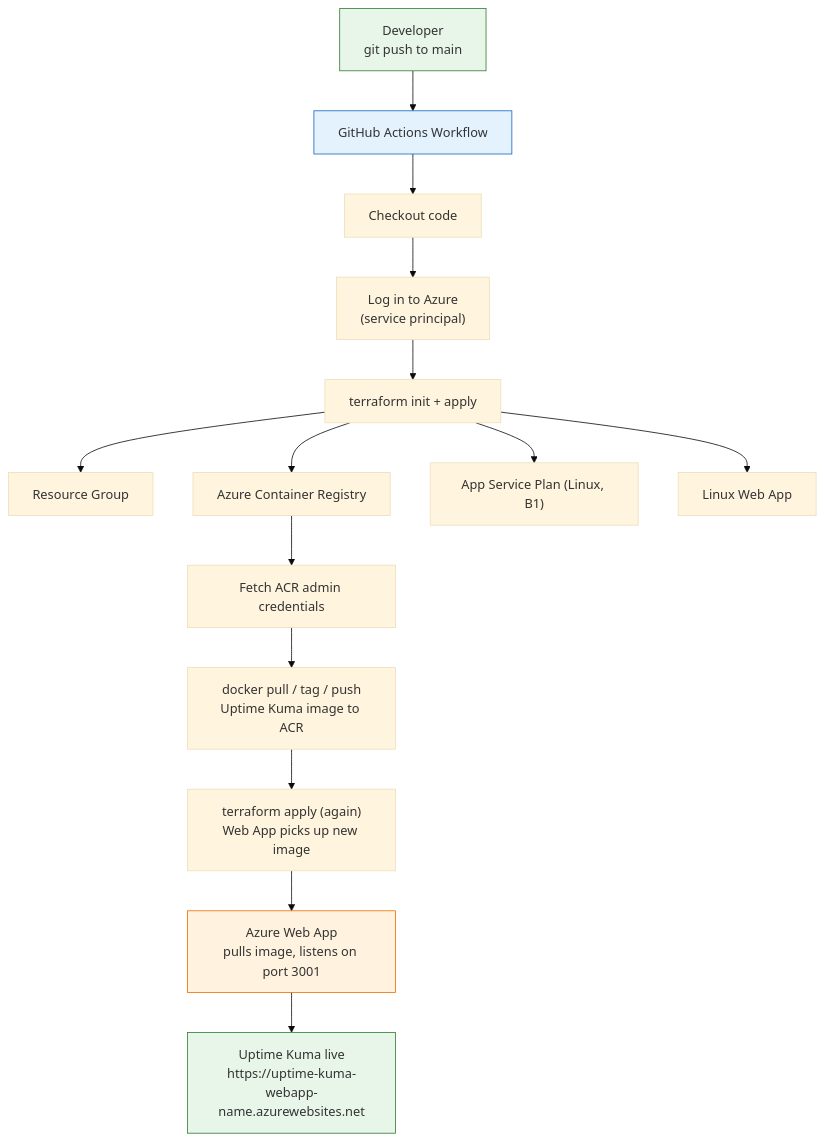
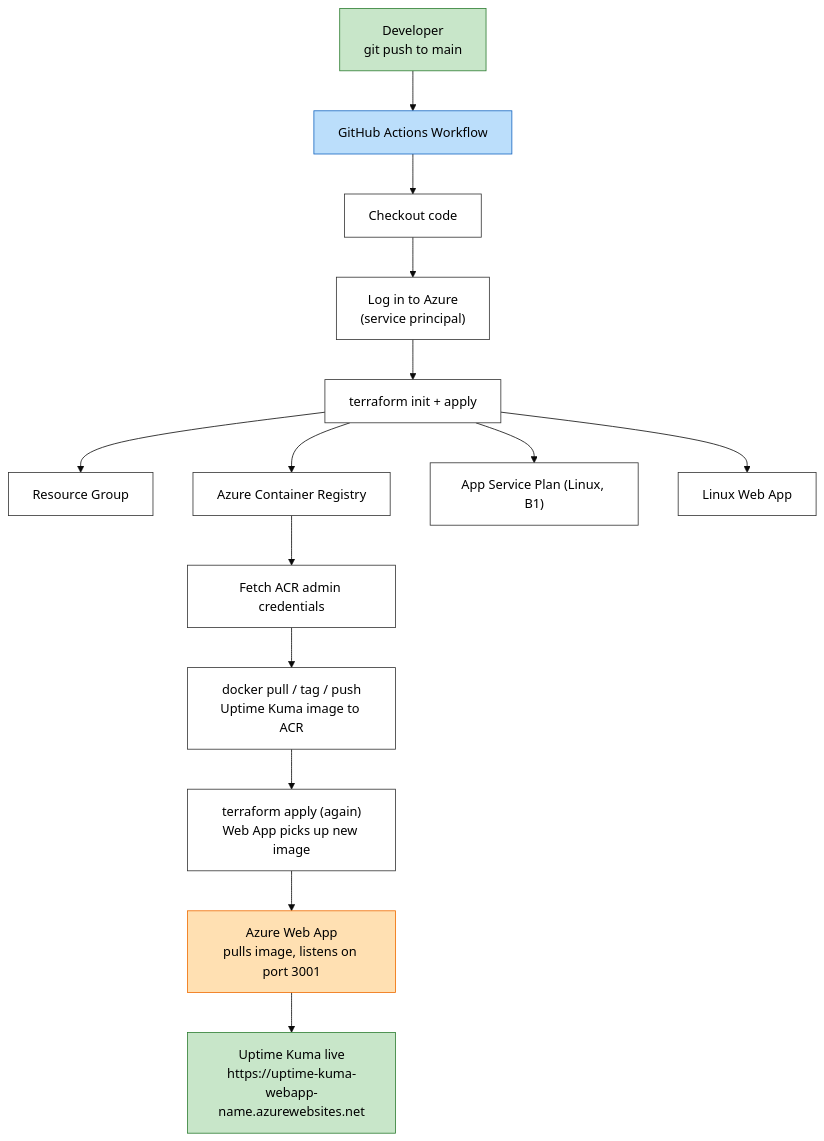
Before and after one commit to joar7160-byte/repo: the diagram in README.md, drawn with Mermaid (base theme). The commit also changed other lines of this file, not shown here.

Commit message:
Revise README for clarity on pipeline failures

````diff
--- a/README.md
+++ b/README.md
@@ -11,25 +11,29 @@
 ```mermaid
 flowchart TD
     A["Developer<br/>git push to main"] --> B["GitHub Actions Workflow"]
 
     B --> C["Checkout code"]
     C --> D["Log in to Azure<br/>(service principal)"]
     D --> E["terraform init + apply"]
 
     E --> F1["Resource Group"]
     E --> F2["Azure Container Registry"]
     E --> F3["App Service Plan (Linux, B1)"]
     E --> F4["Linux Web App"]
 
     F2 --> G["Fetch ACR admin credentials"]
     G --> H["docker pull / tag / push<br/>Uptime Kuma image to ACR"]
     H --> I["terraform apply (again)<br/>Web App picks up new image"]
 
     I --> J["Azure Web App<br/>pulls image, listens on port 3001"]
     J --> K["Uptime Kuma live<br/>https://uptime-kuma-webapp-name.azurewebsites.net"]
 
-    style A fill:#e8f5e9,stroke:#2e7d32
-    style K fill:#e8f5e9,stroke:#2e7d32
-    style B fill:#e3f2fd,stroke:#1565c0
-    style J fill:#fff3e0,stroke:#ef6c00
+    classDef default fill:#ffffff,stroke:#333333,color:#000000
+    classDef startEnd fill:#c8e6c9,stroke:#2e7d32,color:#000000
+    classDef pipeline fill:#bbdefb,stroke:#1565c0,color:#000000
+    classDef webapp fill:#ffe0b2,stroke:#ef6c00,color:#000000
+
+    class A,K startEnd
+    class B pipeline
+    class J webapp
 ```
````
